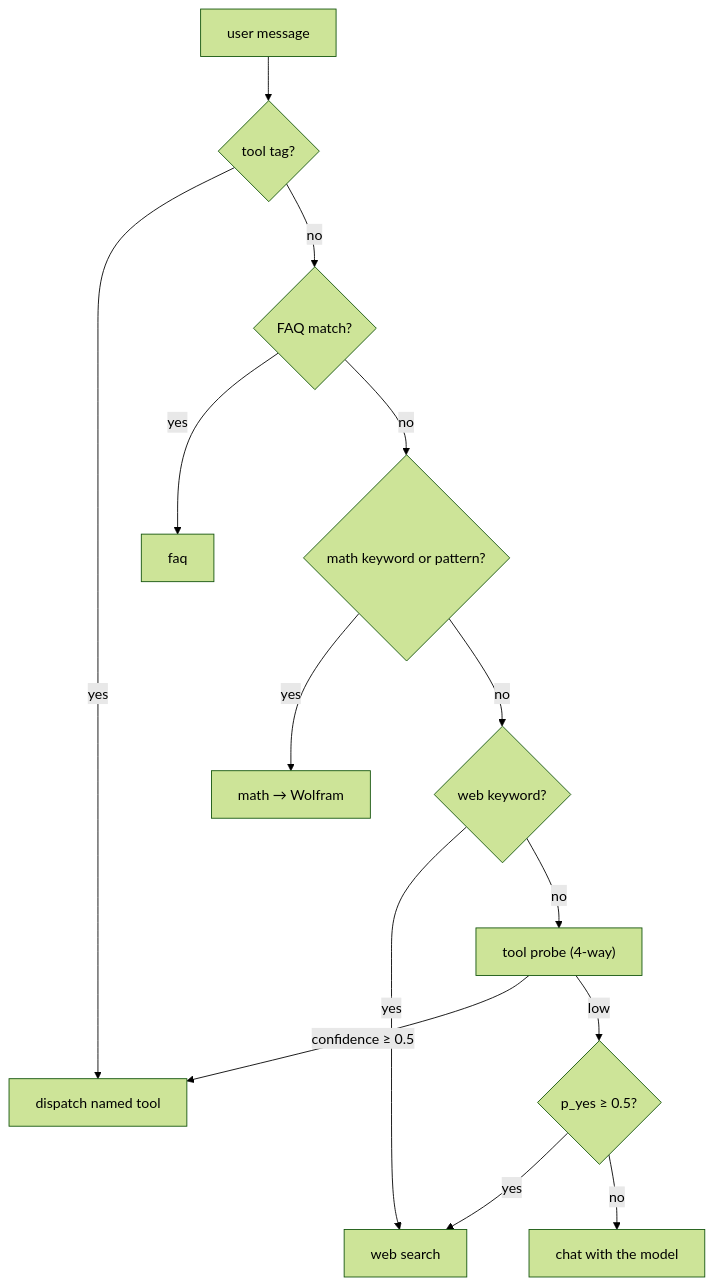
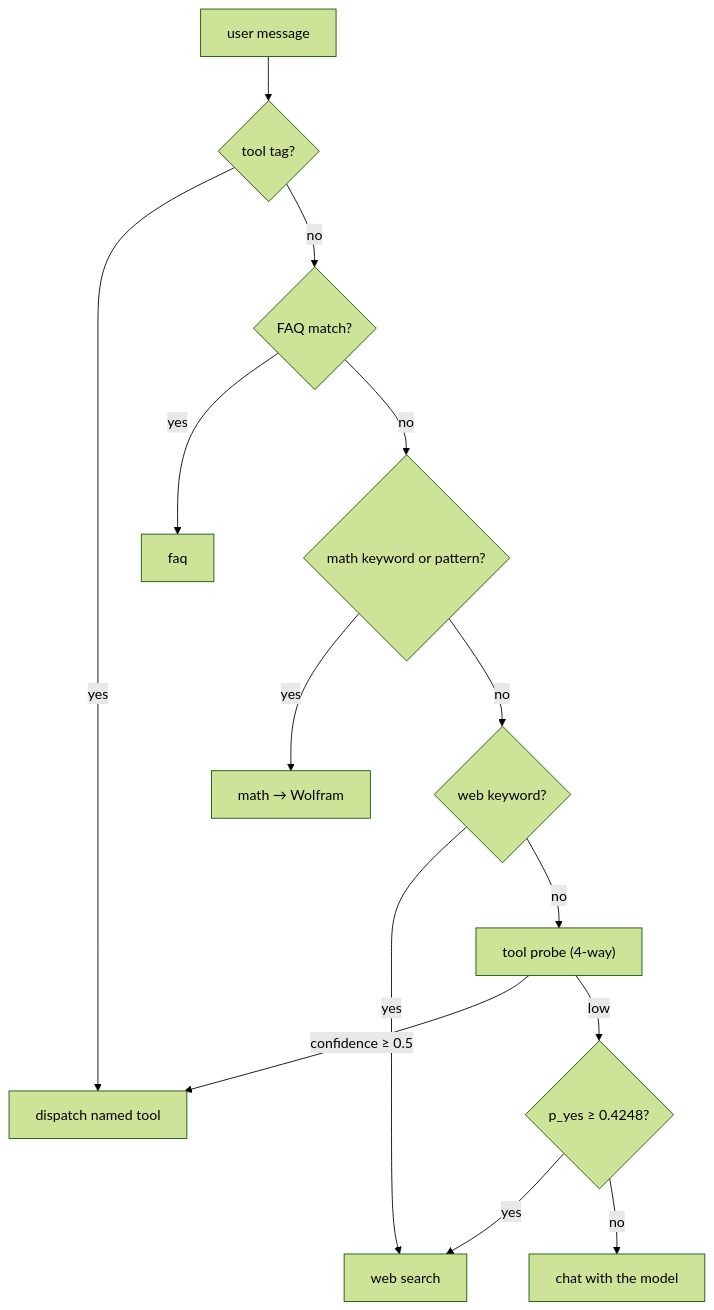
One commit to darshi1337/hermitlm changed the diagram in chapters/09_tools.md. Above: the diagram before and after it, drawn with Mermaid (forest theme). The commit also changed other lines of this file and 13 other files, not shown here.

````diff
--- a/chapters/09_tools.md
+++ b/chapters/09_tools.md
@@ -19,16 +19,16 @@
 ```mermaid
 flowchart TD
     A["user message"] --> B{"tool tag?"}
     B -->|"yes"| C["dispatch named tool"]
     B -->|"no"| D{"FAQ match?"}
     D -->|"yes"| E["faq"]
     D -->|"no"| F{"math keyword or pattern?"}
     F -->|"yes"| G["math → Wolfram"]
     F -->|"no"| H{"web keyword?"}
     H -->|"yes"| I["web search"]
     H -->|"no"| J["tool probe (4-way)"]
     J -->|"confidence ≥ 0.5"| C
-    J -->|"low"| K{"p_yes ≥ 0.5?"}
+    J -->|"low"| K{"p_yes ≥ 0.4248?"}
     K -->|"yes"| I
     K -->|"no"| L["chat with the model"]
 ```
````
